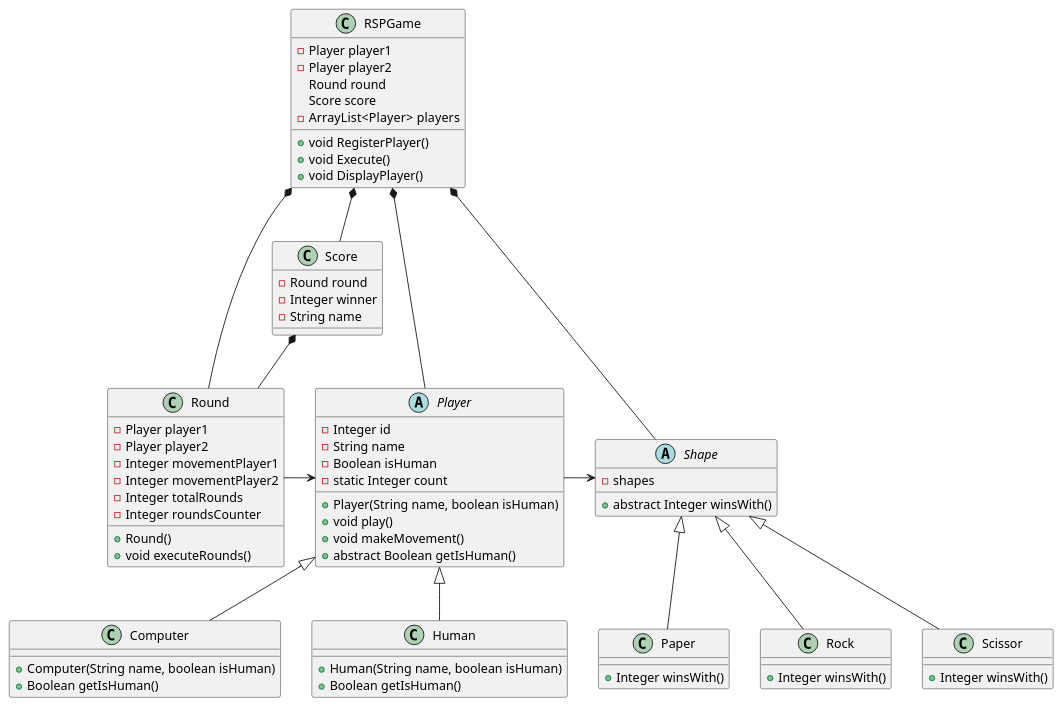
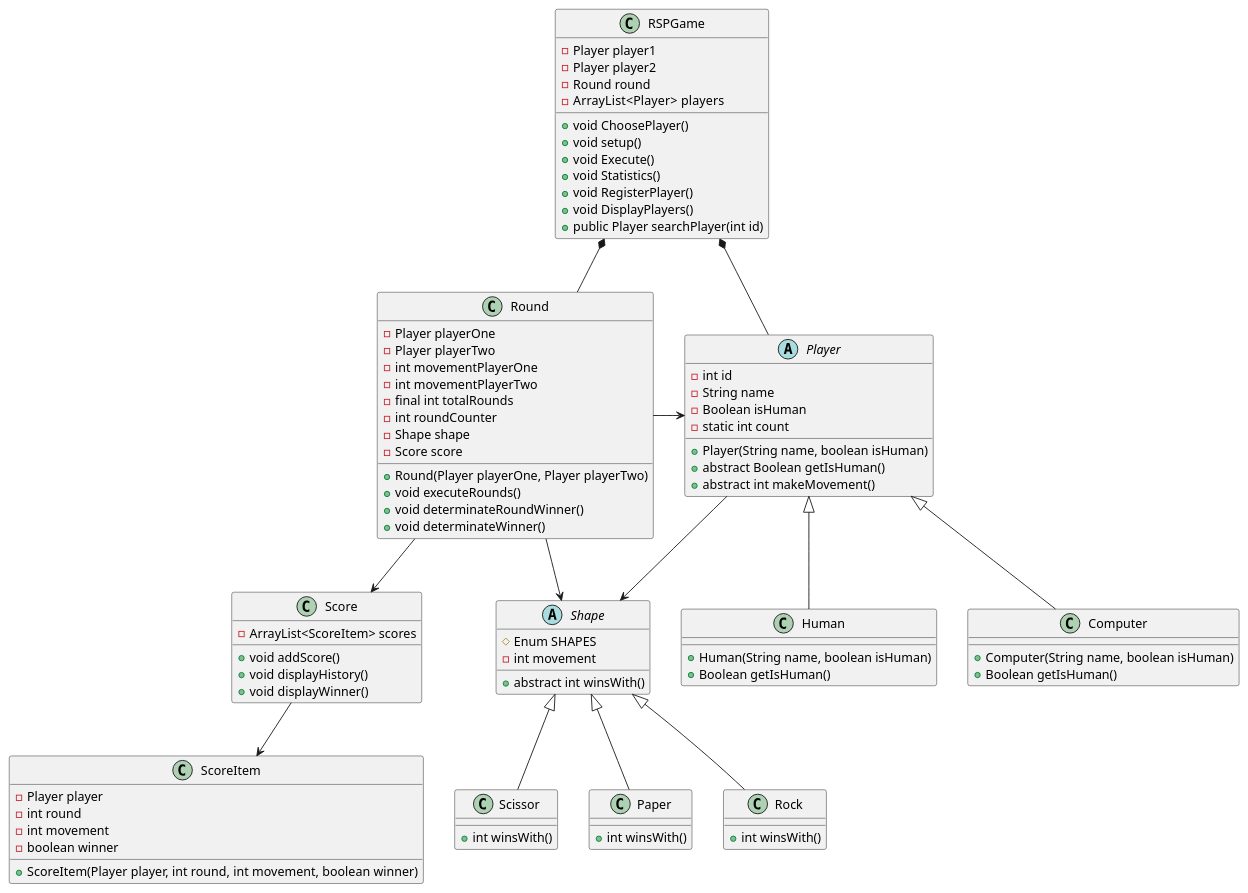
The diagram in RSPGame/docs/rsp-classes.wsd (andrescordovatelus/RSPGame), drawn with PlantUML before and after one commit. The commit also changed 6 other files, not shown here.

Commit message:
fixing diagrams

```diff
--- a/RSPGame/docs/rsp-classes.wsd
+++ b/RSPGame/docs/rsp-classes.wsd
@@ -1,87 +1,106 @@
 @startuml rsp-classes
     class RSPGame{
         -Player player1
         -Player player2
-        Round round
-        Score score
+        -Round round
         -ArrayList<Player>  players
 
+        +void ChoosePlayer()
+        +void setup()
+        +void Execute()
+        +void Statistics()
         +void RegisterPlayer()
-        +void Execute()
-        +void DisplayPlayer()
+        +void DisplayPlayers()
+        +public Player searchPlayer(int id)
     }
 
     abstract class Player{
-        -Integer id
+        -int id
         -String name
         -Boolean isHuman
-        -static Integer count
+        -static int count
 
         +Player(String name, boolean isHuman)
-        +void play()
-        +void makeMovement()
         +abstract Boolean getIsHuman()
+        +abstract int makeMovement()
     }
 
     class Human{
         +Human(String name, boolean isHuman)
         +Boolean getIsHuman()
     }
 
     class Computer{
         +Computer(String name, boolean isHuman)
         +Boolean getIsHuman()
     }
 
     class Score{
-        -Round round
-        -Integer winner
-        -String name
+        -ArrayList<ScoreItem> scores
+
+        +void addScore()
+        +void displayHistory()
+        +void displayWinner()
+    }
+
+    class ScoreItem{
+        -Player player
+        -int round
+        -int movement
+        -boolean winner
+
+        +ScoreItem(Player player, int round, int movement, boolean winner)
     }
 
     class Round{
-        -Player player1
-        -Player player2
-        -Integer movementPlayer1
-        -Integer movementPlayer2
-        -Integer totalRounds
-        -Integer roundsCounter
+        -Player playerOne
+        -Player playerTwo
+        -int movementPlayerOne
+        -int movementPlayerTwo
+        -final int totalRounds
+        -int roundCounter
+        -Shape shape
+        -Score score
 
-        +Round()
+        +Round(Player playerOne, Player playerTwo)
         +void executeRounds()
+        +void determinateRoundWinner()
+        +void determinateWinner()
     }
 
     abstract class Shape{
-        -shapes
+        #Enum SHAPES
+        -int movement
 
-        +abstract Integer winsWith()
+        +abstract int winsWith()
     }
 
     class Rock{
-        +Integer winsWith()
+        +int winsWith()
     }
 
     class Scissor{
-        +Integer winsWith()
+        +int winsWith()
     }
 
     class Paper{
-        +Integer winsWith()
+        +int winsWith()
     }
 
     RSPGame *-- Player
-    RSPGame *-- Score
-    RSPGame *-- Shape
     RSPGame *-- Round
+
+    Score --> ScoreItem
 
     Player <|-- Human
     Player <|-- Computer
     Shape <|-- Rock
     Shape <|-- Scissor
     Shape <|-- Paper
 
     Player -right-> Shape
     Round -right-> Player
-    Score *-- Round
+    Round --> Score
+    Round --> Shape
 
 @enduml
```
